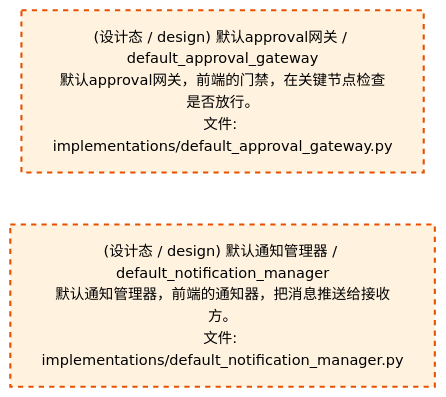
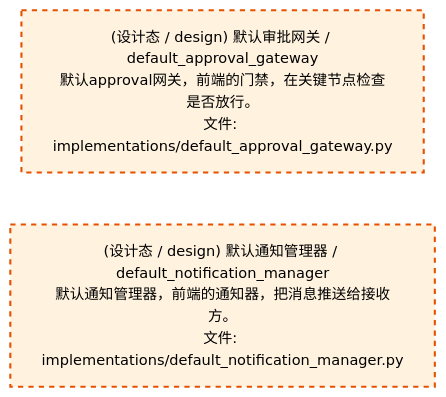
Before and after one commit to xuanFelixVan/ZephyrAlpha: the third of 4 diagrams in docs/02_enterprise_architecture/02_domain_architecture_docs/47_d_frontend.md, drawn with Mermaid. The commit also changed other lines of this file and 50 other files, not shown here.

````diff
--- a/docs/02_enterprise_architecture/02_domain_architecture_docs/47_d_frontend.md
+++ b/docs/02_enterprise_architecture/02_domain_architecture_docs/47_d_frontend.md
@@ -177,12 +177,12 @@
 ```mermaid
 %%{init: {'theme': 'base', 'themeVariables': {'primaryColor': '#eaeaea', 'primaryTextColor': '#333333', 'primaryBorderColor': '#666666', 'lineColor': '#666666', 'secondaryColor': '#eaeaea', 'tertiaryColor': '#eaeaea', 'fontSize': '14px'}}}%%
 flowchart TD
-    src_zephyr_frontend_implementations_default_approval_gateway_py["(设计态 / design) 默认approval网关 / default_approval_gateway<br/>默认approval网关，前端的门禁，在关键节点检查是否放行。<br/>文件: implementations/default_approval_gateway.py"]
+    src_zephyr_frontend_implementations_default_approval_gateway_py["(设计态 / design) 默认审批网关 / default_approval_gateway<br/>默认approval网关，前端的门禁，在关键节点检查是否放行。<br/>文件: implementations/default_approval_gateway.py"]
     src_zephyr_frontend_implementations_default_notification_manager_py["(设计态 / design) 默认通知管理器 / default_notification_manager<br/>默认通知管理器，前端的通知器，把消息推送给接收方。<br/>文件: implementations/default_notification_manager.py"]
     src_zephyr_frontend_implementations_default_approval_gateway_py ~~~ src_zephyr_frontend_implementations_default_notification_manager_py
     classDef production fill:#e1f5fe,stroke:#01579b,stroke-width:2px,color:#000
     classDef design fill:#fff3e0,stroke:#e65100,stroke-width:2px,color:#000,stroke-dasharray: 5 5
     classDef external_prod fill:#e8f4fd,stroke:#0277bd,stroke-width:1px,color:#000
     classDef external_design fill:#fff8e7,stroke:#ef6c00,stroke-width:1px,color:#000,stroke-dasharray: 5 5
     class src_zephyr_frontend_implementations_default_approval_gateway_py,src_zephyr_frontend_implementations_default_notification_manager_py design
 ```
````
